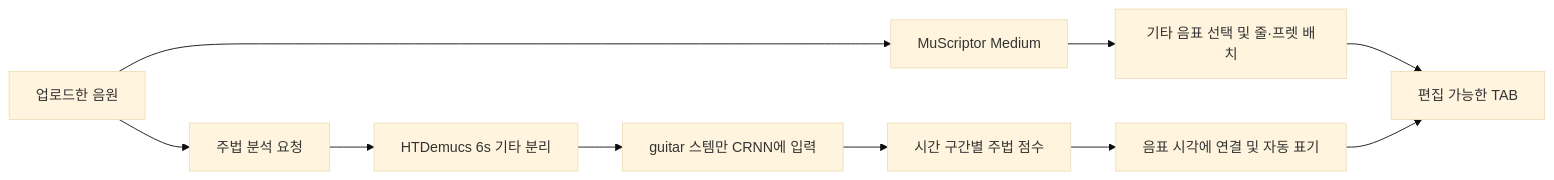
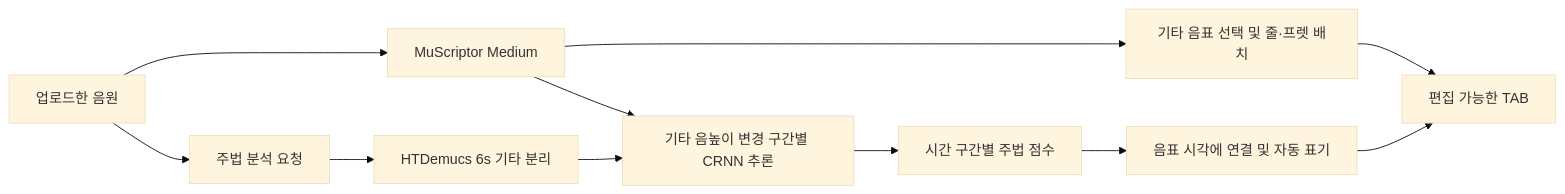
The diagram in README.md (hadeun/Music-to-TAB), drawn with Mermaid (base theme) before and after one commit. The commit also changed other lines of this file and 42 other files, not shown here.

````diff
--- a/README.md
+++ b/README.md
@@ -23,12 +23,13 @@
 ```mermaid
 flowchart LR
     A[업로드한 음원] --> B[MuScriptor Medium]
     B --> C[기타 음표 선택 및 줄·프렛 배치]
     C --> D[편집 가능한 TAB]
     A --> E[주법 분석 요청]
     E --> F[HTDemucs 6s 기타 분리]
-    F --> G[guitar 스템만 CRNN에 입력]
+    B --> G[기타 음높이 변경 구간별 CRNN 추론]
+    F --> G
     G --> H[시간 구간별 주법 점수]
     H --> I[음표 시각에 연결 및 자동 표기]
     I --> D
 ```
````
